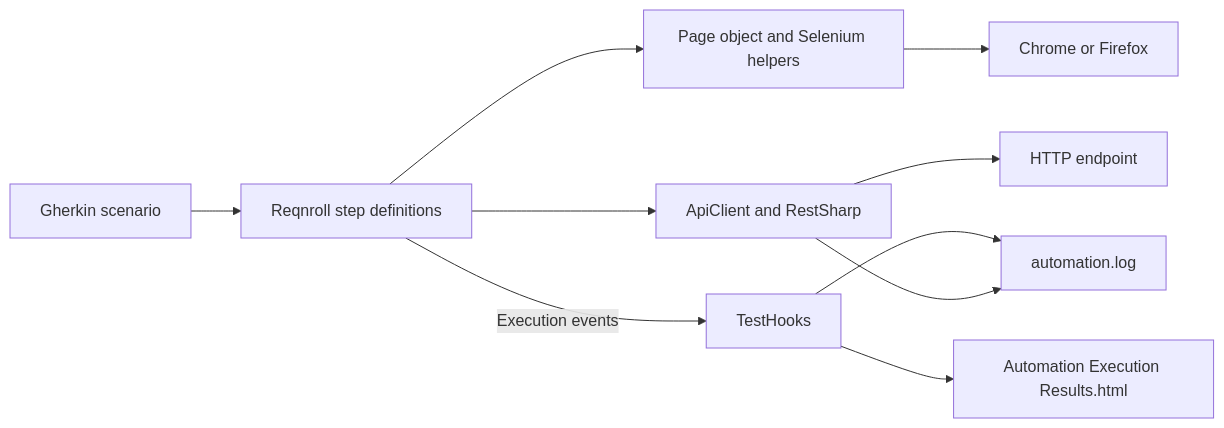
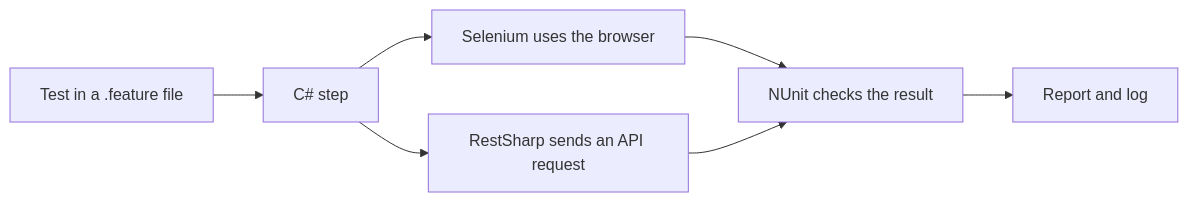
One commit to EswaranSundarrajan-SDET/SeleniumAutomation changed the diagram in README.md. Above: the diagram before and after it, drawn with Mermaid. The commit also changed other lines of this file and 25 other files, not shown here.

Commit message:
Cover API authentication and advanced browser controls

````diff
--- a/README.md
+++ b/README.md
@@ -84,12 +110,9 @@
 ```mermaid
 flowchart LR
-    Feature["Gherkin scenario"] --> Steps["Reqnroll step definitions"]
-    Steps --> Page["Page object and Selenium helpers"]
-    Page --> Browser["Chrome or Firefox"]
-    Steps --> Api["ApiClient and RestSharp"]
-    Api --> Service["HTTP endpoint"]
-    Steps -->|Execution events| Hooks["TestHooks"]
-    Hooks --> Report["Automation Execution Results.html"]
-    Hooks --> Log["automation.log"]
-    Api --> Log
+    Feature["Test in a .feature file"] --> Step["C# step"]
+    Step --> Browser["Selenium uses the browser"]
+    Step --> Api["RestSharp sends an API request"]
+    Browser --> Check["NUnit checks the result"]
+    Api --> Check
+    Check --> Output["Report and log"]
 ```
````
